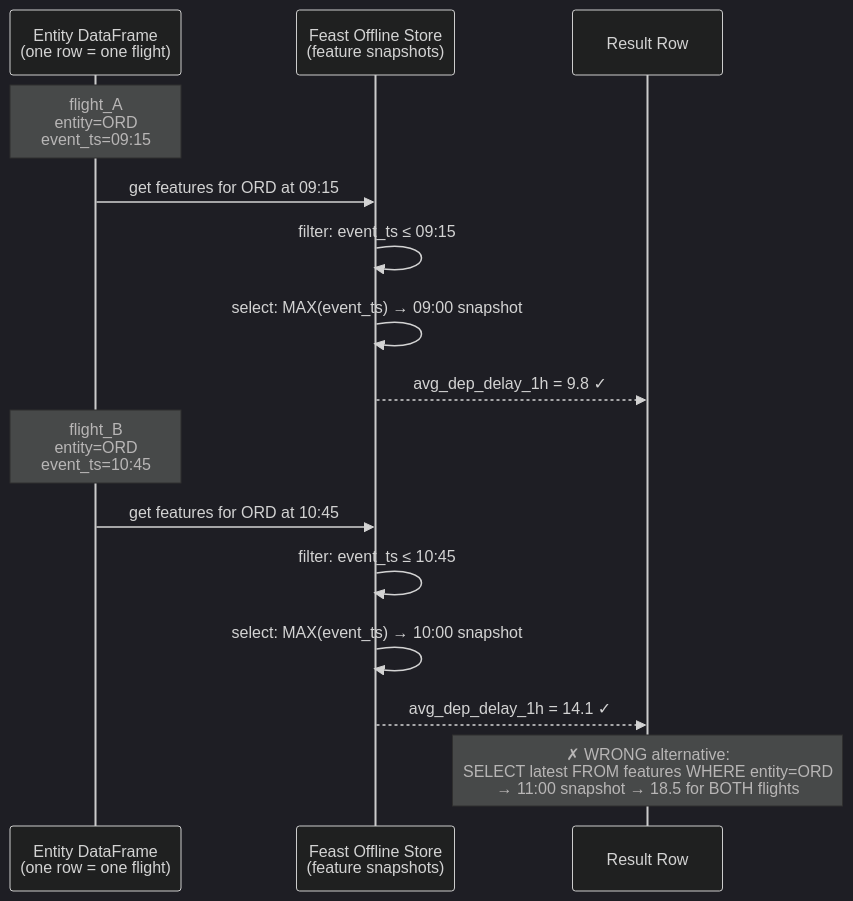
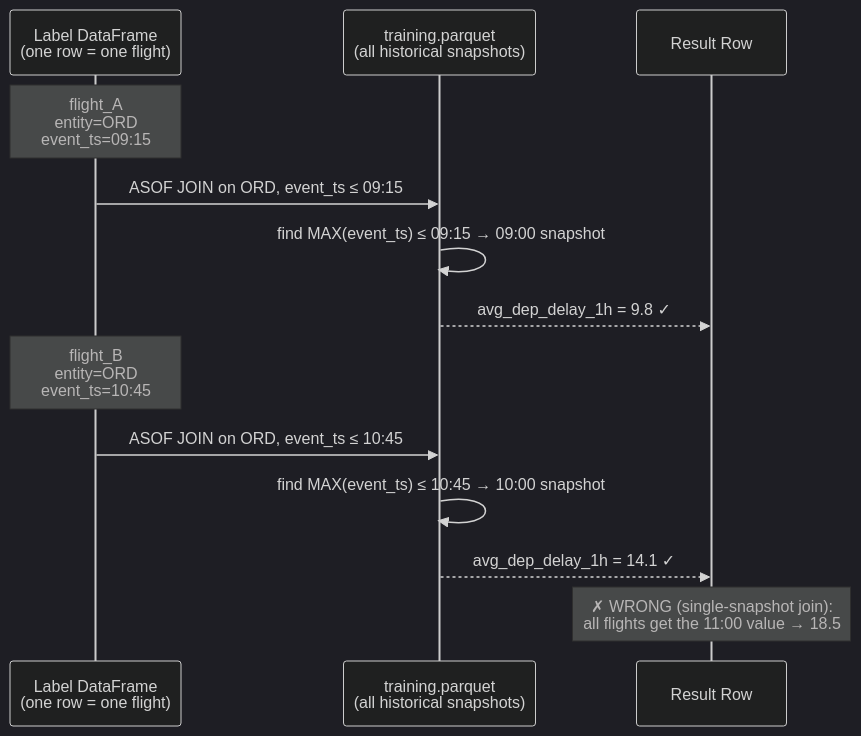
One commit to scarlson1/ml-training-orchestrator changed the first of 2 diagrams in docs/pit-correctness.md. Above: the diagram before and after it, drawn with Mermaid (dark theme). The commit also changed other lines of this file and 6 other files, not shown here.

````diff
--- a/docs/pit-correctness.md
+++ b/docs/pit-correctness.md
@@ -79,22 +77,20 @@
 ```mermaid
 sequenceDiagram
-    participant E as Entity DataFrame<br/>(one row = one flight)
-    participant F as Feast Offline Store<br/>(feature snapshots)
+    participant E as Label DataFrame<br/>(one row = one flight)
+    participant F as training.parquet<br/>(all historical snapshots)
     participant R as Result Row
 
     Note over E: flight_A<br/>entity=ORD<br/>event_ts=09:15
 
-    E->>F: get features for ORD at 09:15
-    F->>F: filter: event_ts ≤ 09:15
-    F->>F: select: MAX(event_ts) → 09:00 snapshot
+    E->>F: ASOF JOIN on ORD, event_ts ≤ 09:15
+    F->>F: find MAX(event_ts) ≤ 09:15 → 09:00 snapshot
     F-->>R: avg_dep_delay_1h = 9.8 ✓
 
     Note over E: flight_B<br/>entity=ORD<br/>event_ts=10:45
 
-    E->>F: get features for ORD at 10:45
-    F->>F: filter: event_ts ≤ 10:45
-    F->>F: select: MAX(event_ts) → 10:00 snapshot
+    E->>F: ASOF JOIN on ORD, event_ts ≤ 10:45
+    F->>F: find MAX(event_ts) ≤ 10:45 → 10:00 snapshot
     F-->>R: avg_dep_delay_1h = 14.1 ✓
 
-    Note over R: ✗ WRONG alternative:<br/>SELECT latest FROM features WHERE entity=ORD<br/>→ 11:00 snapshot → 18.5 for BOTH flights
+    Note over R: ✗ WRONG (single-snapshot join):<br/>all flights get the 11:00 value → 18.5
 ```
````
